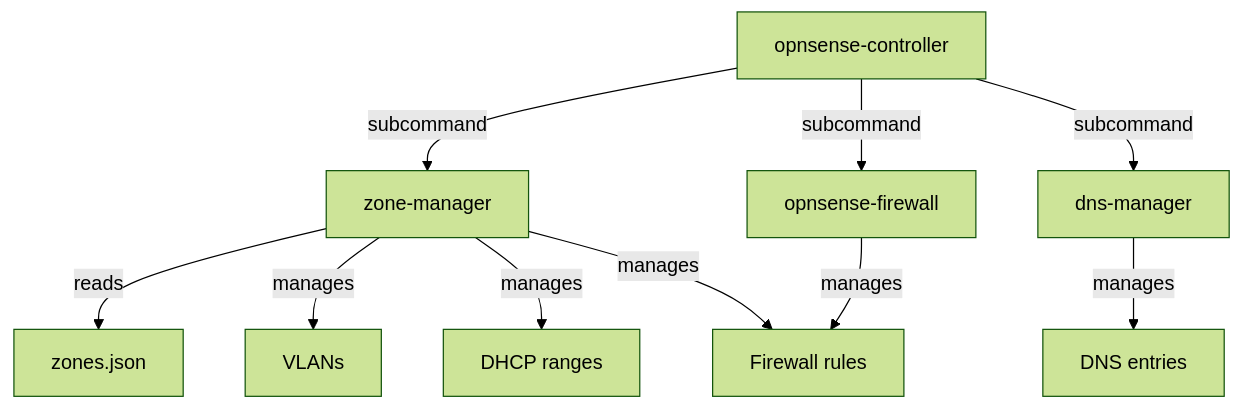
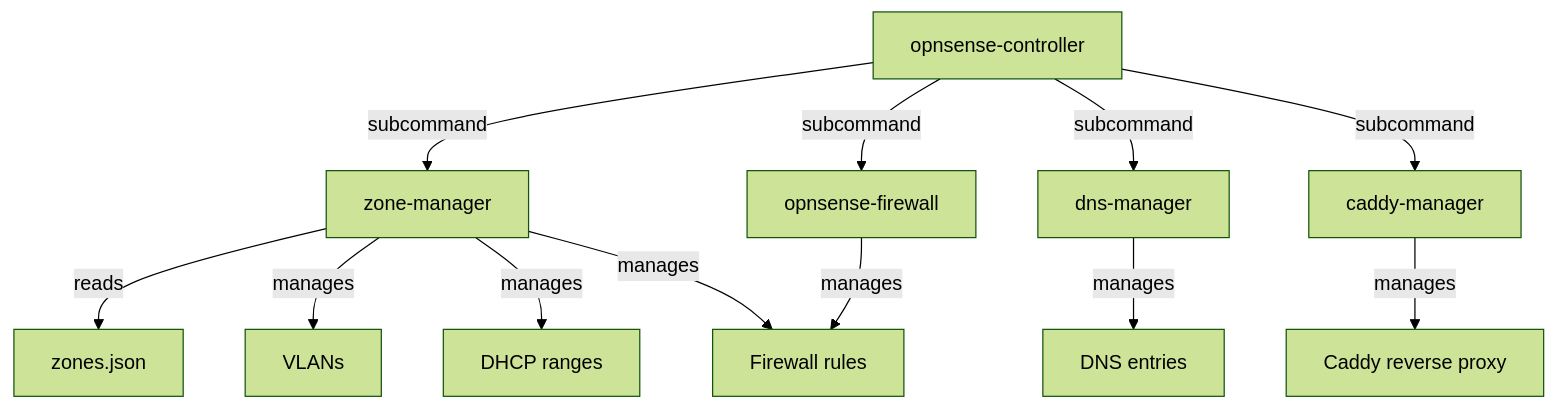
The sixth of 11 diagrams in src/foundation/DEPENDENCIES.md (TAPPaaS/TAPPaaS), drawn with Mermaid (forest theme) before and after one commit. The commit also changed other lines of this file and 4 other files, not shown here.

````diff
--- a/src/foundation/DEPENDENCIES.md
+++ b/src/foundation/DEPENDENCIES.md
@@ -166,15 +216,18 @@
 ```mermaid
 graph TD
     A[opnsense-controller] -->|subcommand| B[zone-manager]
     A -->|subcommand| C[dns-manager]
     A -->|subcommand| D[opnsense-firewall]
+    A -->|subcommand| CM[caddy-manager]
 
     B -->|reads| E[zones.json]
     B -->|manages| F[VLANs]
     B -->|manages| G[DHCP ranges]
     B -->|manages| H[Firewall rules]
 
     C -->|manages| I[DNS entries]
 
     D -->|manages| H
+
+    CM -->|manages| CD[Caddy reverse proxy]
 ```
````
